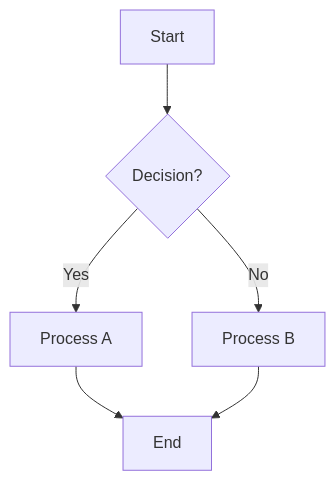
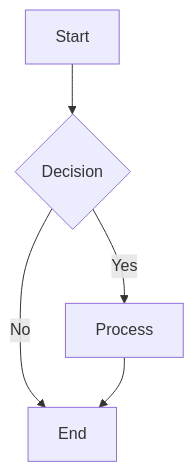
Before and after one commit to teachingai/full-stack-skills: the first of 17 diagrams in skills/mermaid/examples/flowchart.md, drawn with Mermaid. The commit also changed other lines of this file and 29 other files, not shown here.

First line of the commit message:
docs(mermaid): 更新所有图表类型的文档示例和语法说明

````diff
--- a/skills/mermaid/examples/flowchart.md
+++ b/skills/mermaid/examples/flowchart.md
@@ -20,8 +51,7 @@
 ```mermaid
 flowchart TD
-    A[Start] --> B{Decision?}
-    B -->|Yes| C[Process A]
-    B -->|No| D[Process B]
-    C --> E[End]
-    D --> E
+    A[Start] --> B{Decision}
+    B -->|Yes| C[Process]
+    B -->|No| D[End]
+    C --> D
 ```
````
